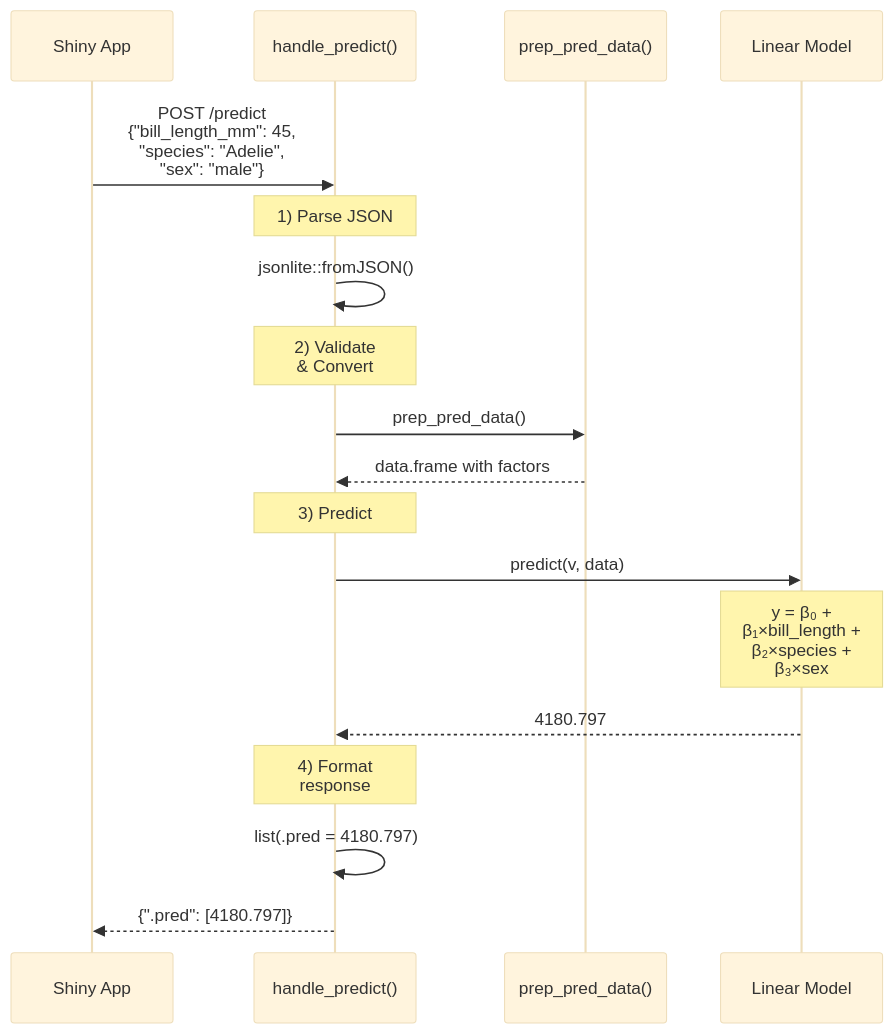
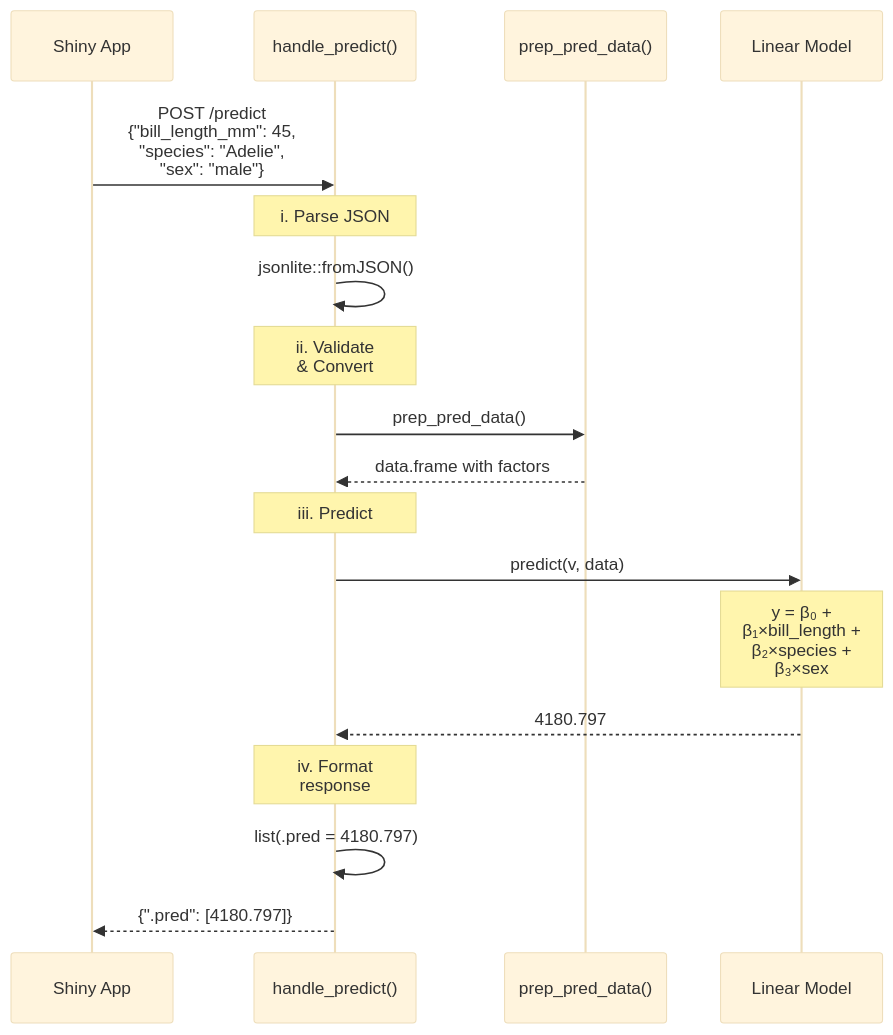
One commit to mjfrigaard/do4ds-labs changed the ninth of 9 diagrams in plumber.qmd. Above: the diagram before and after it, drawn with Mermaid. The commit also changed other lines of this file and 19 other files, not shown here.

````diff
--- a/plumber.qmd
+++ b/plumber.qmd
@@ -1756,31 +1765,31 @@
 ```{mermaid}
 %%| fig-width: 7.0
 %%| fig-align: 'center'
 %%{init: {'theme': 'base', 'themeVariables': {'fontFamily': 'monospace'}}}%%
 
 sequenceDiagram
     participant Shiny as Shiny App
     participant Handler as handle_predict()
     participant Helper as prep_pred_data()
     participant Model as Linear Model
 
     Shiny->>Handler: POST /predict<br>{"bill_length_mm": 45,<br>"species": "Adelie",<br>"sex": "male"}
 
-    Note over Handler: 1) Parse JSON
+    Note over Handler: i. Parse JSON
     Handler->>Handler: jsonlite::fromJSON()
 
-    Note over Handler: 2) Validate<br>& Convert
+    Note over Handler: ii. Validate<br>& Convert
     Handler->>Helper: prep_pred_data()
     Helper-->>Handler: data.frame with factors
 
-    Note over Handler: 3) Predict
+    Note over Handler: iii. Predict
     Handler->>Model: predict(v, data)
     Note over Model: y = β₀ +<br>β₁×bill_length +<br>β₂×species +<br>β₃×sex
     Model-->>Handler: 4180.797
 
-    Note over Handler: 4) Format<br>response
+    Note over Handler: iv. Format<br>response
     Handler->>Handler: list(.pred = 4180.797)
 
     Handler-->>Shiny: {".pred": [4180.797]}
 
 ```
````
